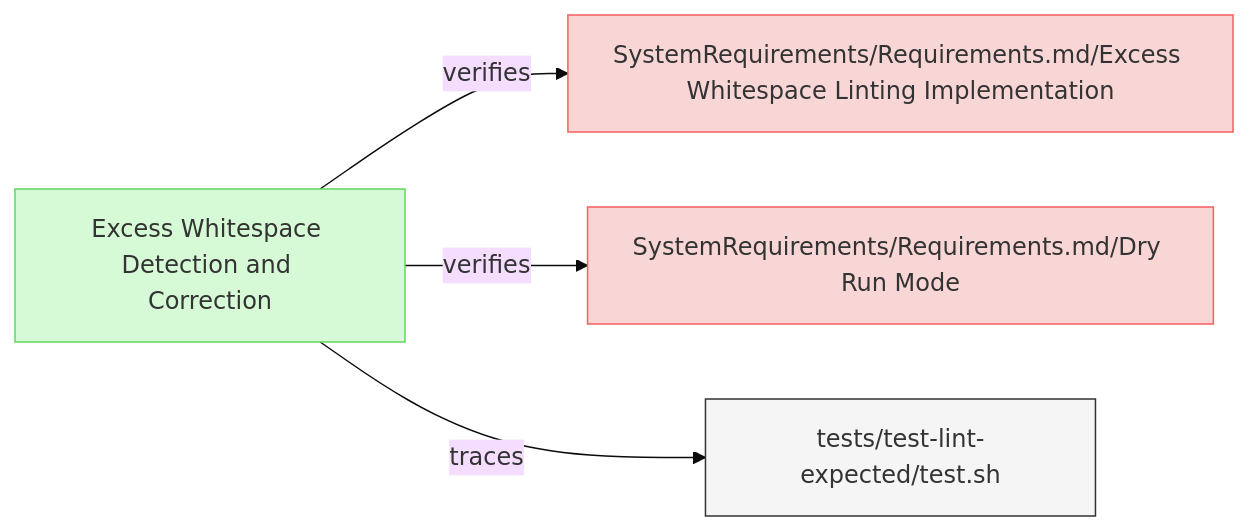
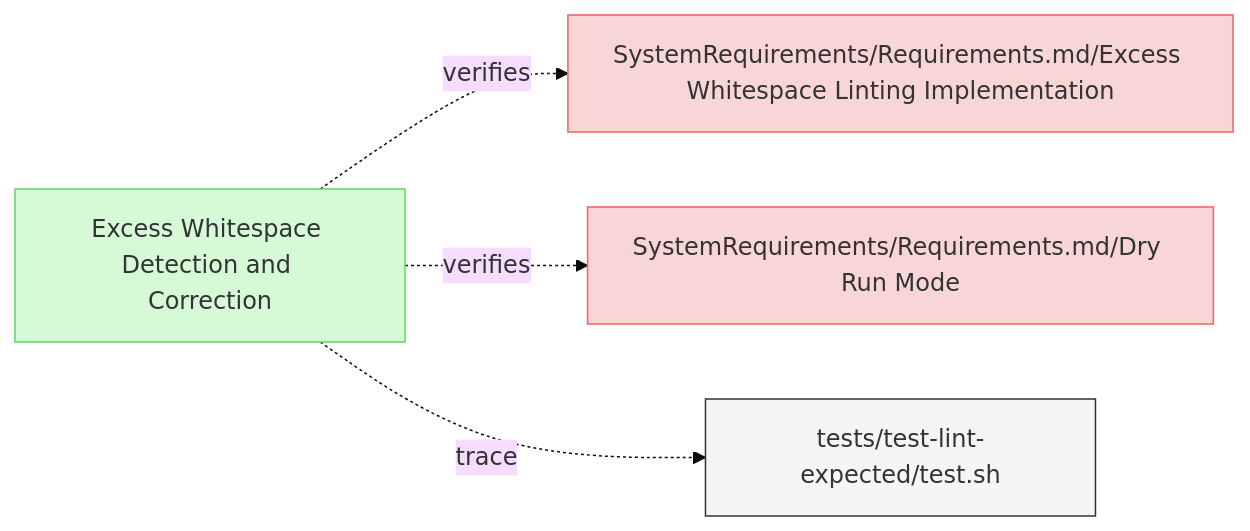
One commit to reqvire-org/reqvire changed the first of 2 diagrams in specifications/Verifications/LintingTests.md. Above: the diagram before and after it, drawn with Mermaid (base theme). The commit also changed other lines of this file and 65 other files, not shown here.

Commit message:
Diagram generation bug fix: there were opposite relations included.

````diff
--- a/specifications/Verifications/LintingTests.md
+++ b/specifications/Verifications/LintingTests.md
@@ -6,24 +6,24 @@
 ```mermaid
 graph LR;
   %% Graph styling
   classDef requirement fill:#f9d6d6,stroke:#f55f5f,stroke-width:1px;
   classDef verification fill:#d6f9d6,stroke:#5fd75f,stroke-width:1px;
   classDef externalLink fill:#d0e0ff,stroke:#3080ff,stroke-width:1px;
   classDef default fill:#f5f5f5,stroke:#333333,stroke-width:1px;
 
-  4cd0fe733f["Excess Whitespace Detection and Correction"];
-  click 4cd0fe733f "LintingTests.md#excess-whitespace-detection-and-correction";
-  class 4cd0fe733f verification;
-  3f3d3f9ccb["SystemRequirements/Requirements.md/Excess Whitespace Linting Implementation"];
-  class 3f3d3f9ccb requirement;
-  click 3f3d3f9ccb "../SystemRequirements/Requirements.md#excess-whitespace-linting-implementation";
-  4cd0fe733f -->|verifies| 3f3d3f9ccb;
-  8f2198f681["SystemRequirements/Requirements.md/Dry Run Mode"];
-  class 8f2198f681 requirement;
-  click 8f2198f681 "../SystemRequirements/Requirements.md#dry-run-mode";
-  4cd0fe733f -->|verifies| 8f2198f681;
-  3de539f546["tests/test-lint-expected/test.sh"];
-  class 3de539f546 default;
-  click 3de539f546 "../../tests/test-lint-expected/test.sh";
-  4cd0fe733f -->|traces| 3de539f546;
+  4cd0fe733f182d5c["Excess Whitespace Detection and Correction"];
+  click 4cd0fe733f182d5c "LintingTests.md#excess-whitespace-detection-and-correction";
+  class 4cd0fe733f182d5c verification;
+  3f3d3f9ccb15029a["SystemRequirements/Requirements.md/Excess Whitespace Linting Implementation"];
+  class 3f3d3f9ccb15029a requirement;
+  click 3f3d3f9ccb15029a "../SystemRequirements/Requirements.md#excess-whitespace-linting-implementation";
+  4cd0fe733f182d5c -.->|verifies| 3f3d3f9ccb15029a;
+  8f2198f681f63fea["SystemRequirements/Requirements.md/Dry Run Mode"];
+  class 8f2198f681f63fea requirement;
+  click 8f2198f681f63fea "../SystemRequirements/Requirements.md#dry-run-mode";
+  4cd0fe733f182d5c -.->|verifies| 8f2198f681f63fea;
+  3de539f546654b01["tests/test-lint-expected/test.sh"];
+  class 3de539f546654b01 default;
+  click 3de539f546654b01 "../../tests/test-lint-expected/test.sh";
+  4cd0fe733f182d5c -.->|trace| 3de539f546654b01;
 ```
````
